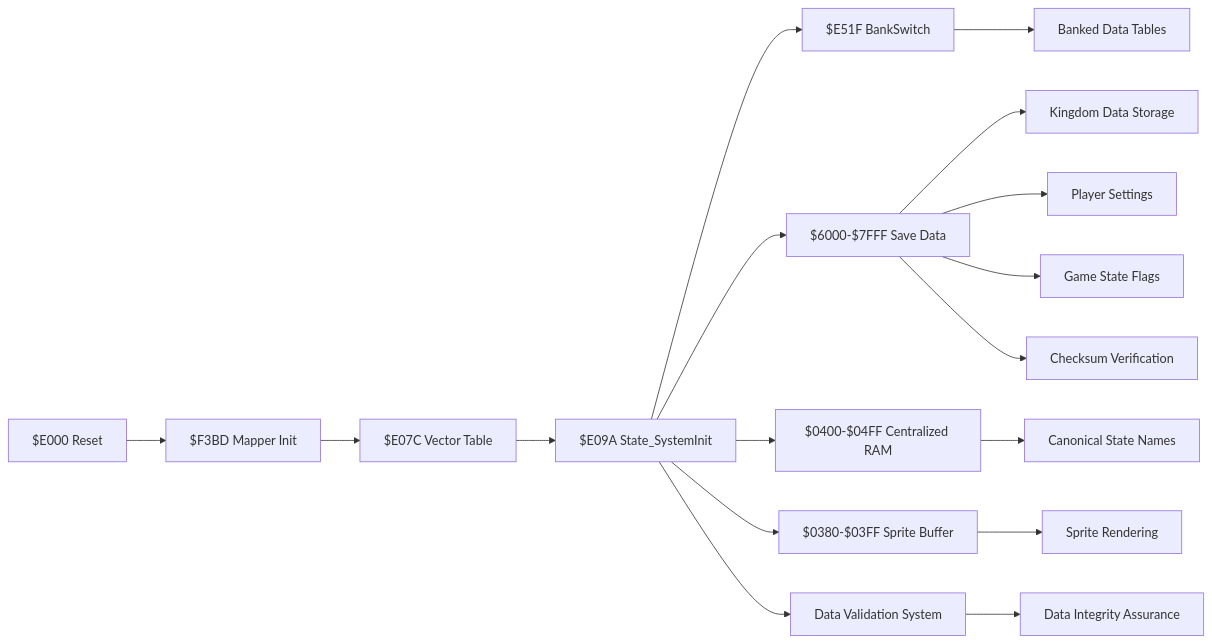
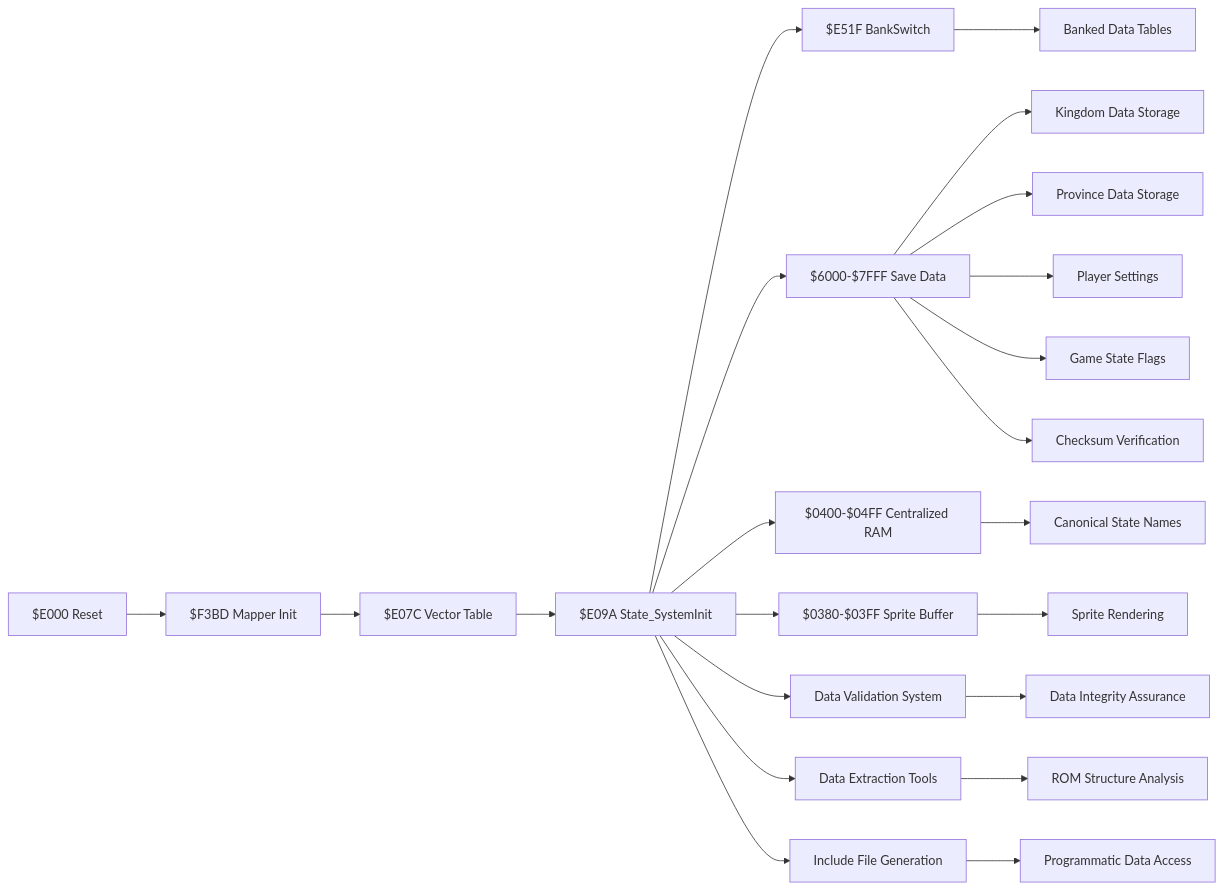
One commit to rabbyzero/sango2dasm changed diagram 15 of 15 in .qoder/repowiki/en/content/Data Access and Memory Management/Data Access and Memory Management.md. Above: the diagram before and after it, drawn with Mermaid. The commit also changed other lines of this file and 7 other files, not shown here.

````diff
--- a/.qoder/repowiki/en/content/Data Access and Memory Management/Data Access and Memory Management.md
+++ b/.qoder/repowiki/en/content/Data Access and Memory Management/Data Access and Memory Management.md
@@ -663,19 +975,24 @@
 ```mermaid
 graph LR
 Reset["$E000 Reset"] --> MapperInit["$F3BD Mapper Init"]
 MapperInit --> Dispatch["$E07C Vector Table"]
 Dispatch --> State0["$E09A State_SystemInit"]
 State0 --> BankSwitch["$E51F BankSwitch"]
 BankSwitch --> PRGTables["Banked Data Tables"]
 State0 --> SRAM["$6000-$7FFF Save Data"]
 State0 --> GlobalRAM["$0400-$04FF Centralized RAM"]
 State0 --> OAMBuffer["$0380-$03FF Sprite Buffer"]
 State0 --> Validation["Data Validation System"]
+State0 --> Extraction["Data Extraction Tools"]
+State0 --> IncludeGen["Include File Generation"]
 GlobalRAM --> CanonicalNames["Canonical State Names"]
 SRAM --> KingdomData["Kingdom Data Storage"]
+SRAM --> ProvinceData["Province Data Storage"]
 SRAM --> PlayerSettings["Player Settings"]
 SRAM --> GameStateFlags["Game State Flags"]
 SRAM --> ChecksumVerify["Checksum Verification"]
 OAMBuffer --> SpriteRendering["Sprite Rendering"]
 Validation --> IntegrityCheck["Data Integrity Assurance"]
+Extraction --> ROMAnalysis["ROM Structure Analysis"]
+IncludeGen --> ProgrammaticAccess["Programmatic Data Access"]
 ```
````
